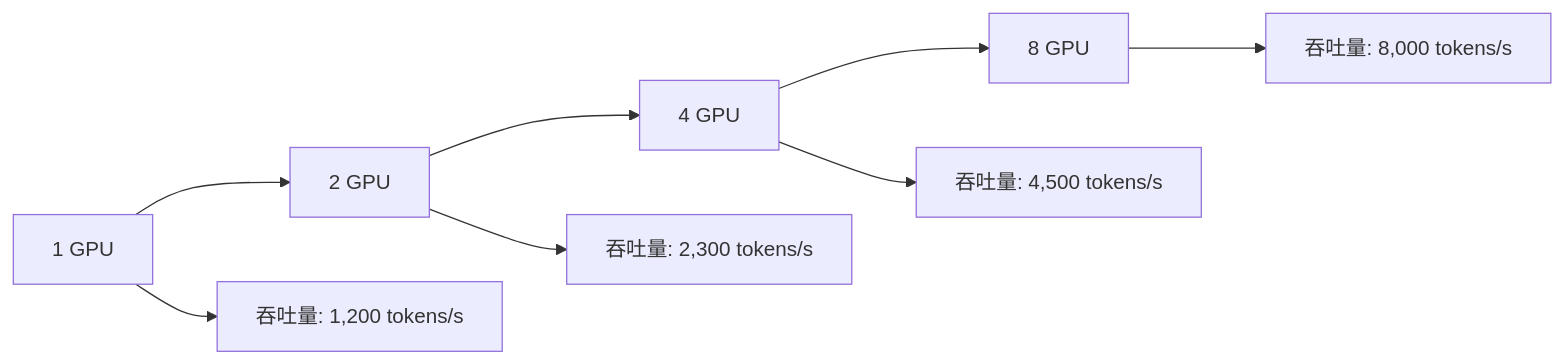
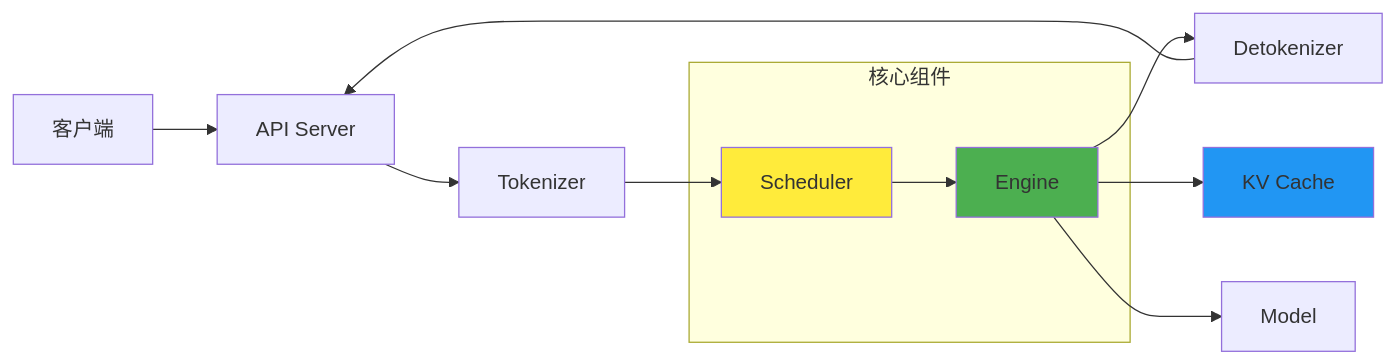
Before and after one commit to Xunzhuo/mini-sglang: the second of 2 diagrams in learning/website/docs/intro.md, drawn with Mermaid. The commit also changed other lines of this file and 28 other files, not shown here.

````diff
--- a/learning/website/docs/intro.md
+++ b/learning/website/docs/intro.md
@@ -184,11 +107,21 @@
 ```mermaid
 graph LR
-    A[1 GPU] --> B[2 GPU]
-    B --> C[4 GPU]
-    C --> D[8 GPU]
+    Client[客户端] --> API[API Server]
+    API --> Tokenizer[Tokenizer]
+    Tokenizer --> Scheduler[Scheduler]
+    Scheduler --> Engine[Engine]
+    Engine --> Detokenizer[Detokenizer]
+    Detokenizer --> API
     
-    A --> A1[吞吐量: 1,200 tokens/s]
-    B --> B1[吞吐量: 2,300 tokens/s]
-    C --> C1[吞吐量: 4,500 tokens/s]
-    D --> D1[吞吐量: 8,000 tokens/s]
+    subgraph "核心组件"
+        Scheduler
+        Engine
+    end
+    
+    Engine --> KVCache[KV Cache]
+    Engine --> Model[Model]
+    
+    style Scheduler fill:#ffeb3b
+    style Engine fill:#4caf50
+    style KVCache fill:#2196f3
 ```
````
